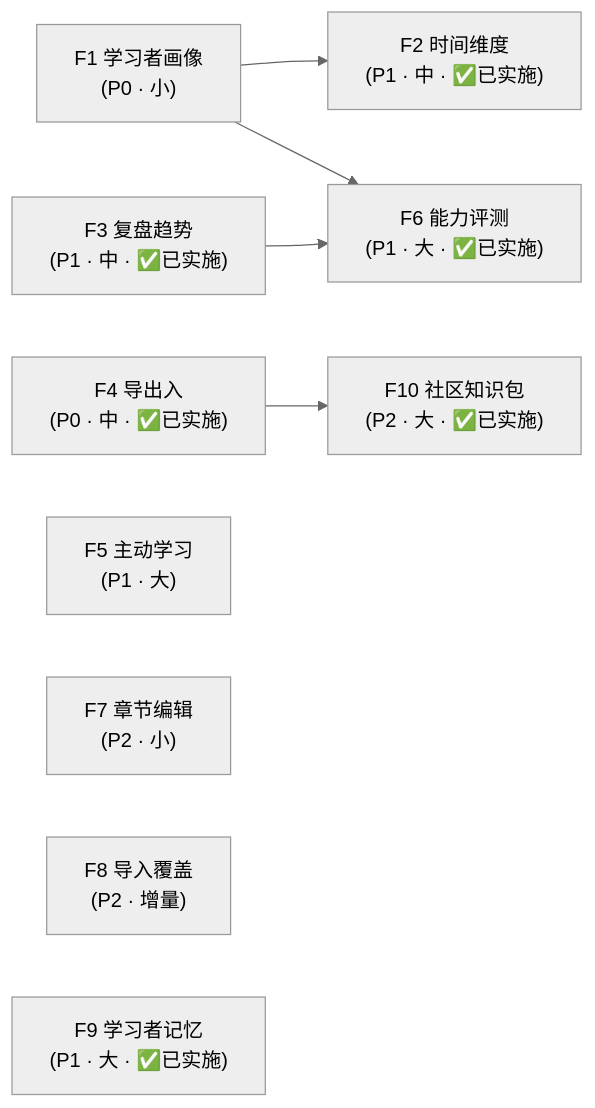
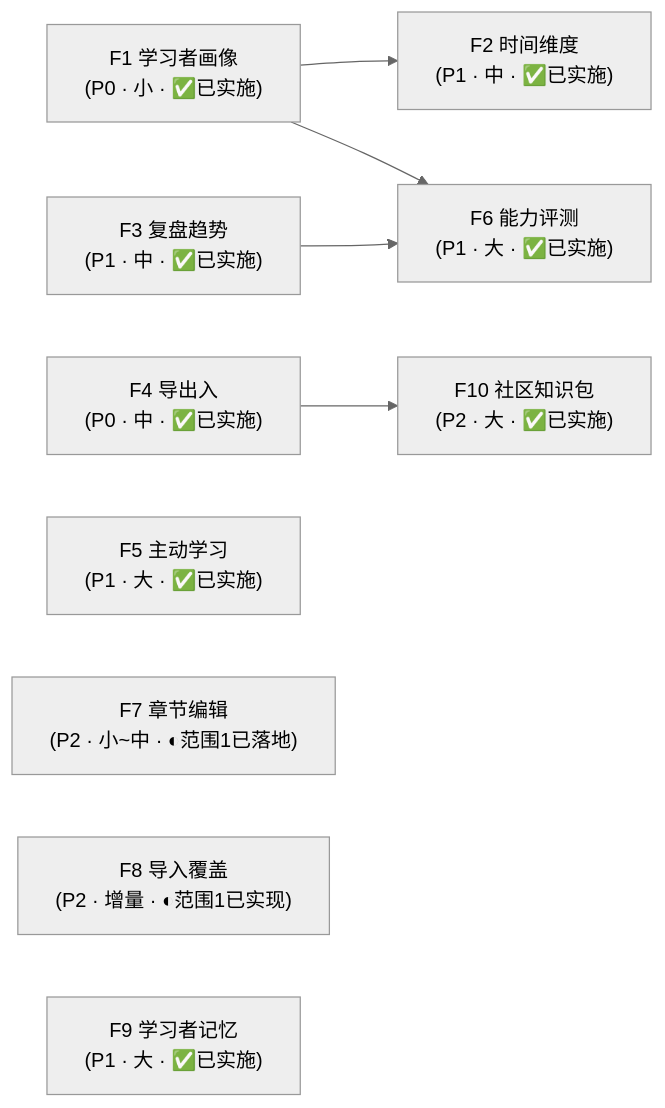
The diagram in docs/roadmap-next-features-plan-2026-09.md (JackXuyi/Personal-Learning-OS), drawn with Mermaid (neutral theme) before and after one commit. The commit also changed other lines of this file and 1 other file, not shown here.

First line of the commit message:
docs: 回扫 roadmap 的「聚合视图」（结论先行节 / 状态表 / mermaid / 关键事实）

````diff
--- a/docs/roadmap-next-features-plan-2026-09.md
+++ b/docs/roadmap-next-features-plan-2026-09.md
@@ -455,24 +465,24 @@
 ```mermaid
 flowchart LR
-    F1["F1 学习者画像<br/>(P0 · 小)"]
+    F1["F1 学习者画像<br/>(P0 · 小 · ✅已实施)"]
     F4["F4 导出入<br/>(P0 · 中 · ✅已实施)"]
     F3["F3 复盘趋势<br/>(P1 · 中 · ✅已实施)"]
     F2["F2 时间维度<br/>(P1 · 中 · ✅已实施)"]
-    F5["F5 主动学习<br/>(P1 · 大)"]
+    F5["F5 主动学习<br/>(P1 · 大 · ✅已实施)"]
     F6["F6 能力评测<br/>(P1 · 大 · ✅已实施)"]
-    F7["F7 章节编辑<br/>(P2 · 小)"]
-    F8["F8 导入覆盖<br/>(P2 · 增量)"]
+    F7["F7 章节编辑<br/>(P2 · 小~中 · ◐范围1已落地)"]
+    F8["F8 导入覆盖<br/>(P2 · 增量 · ◐范围1已实现)"]
     F9["F9 学习者记忆<br/>(P1 · 大 · ✅已实施)"]
     F10["F10 社区知识包<br/>(P2 · 大 · ✅已实施)"]
 
     F1 --> F2
     F1 --> F6
     F3 --> F6
     F4 --> F10
     F4
     F5
     F7
     F8
     F9
     F10
 ```
````
